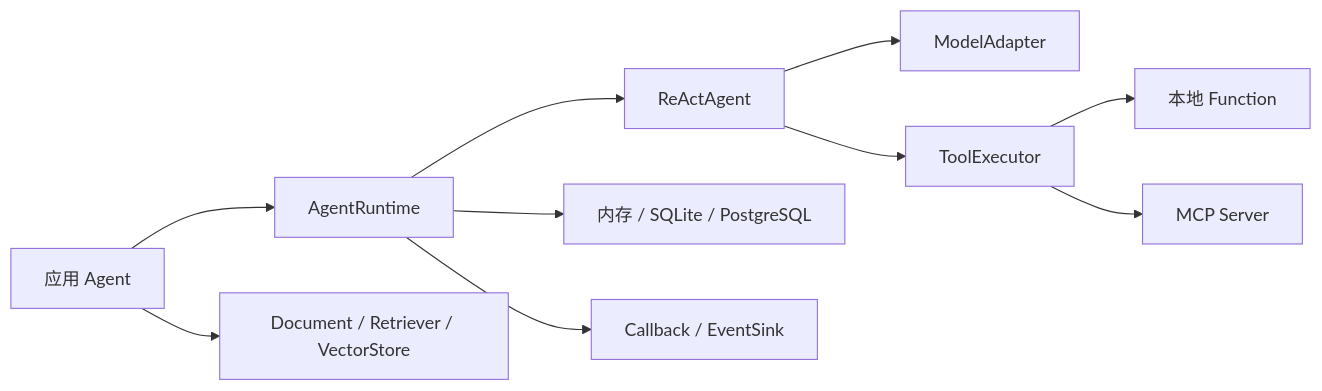
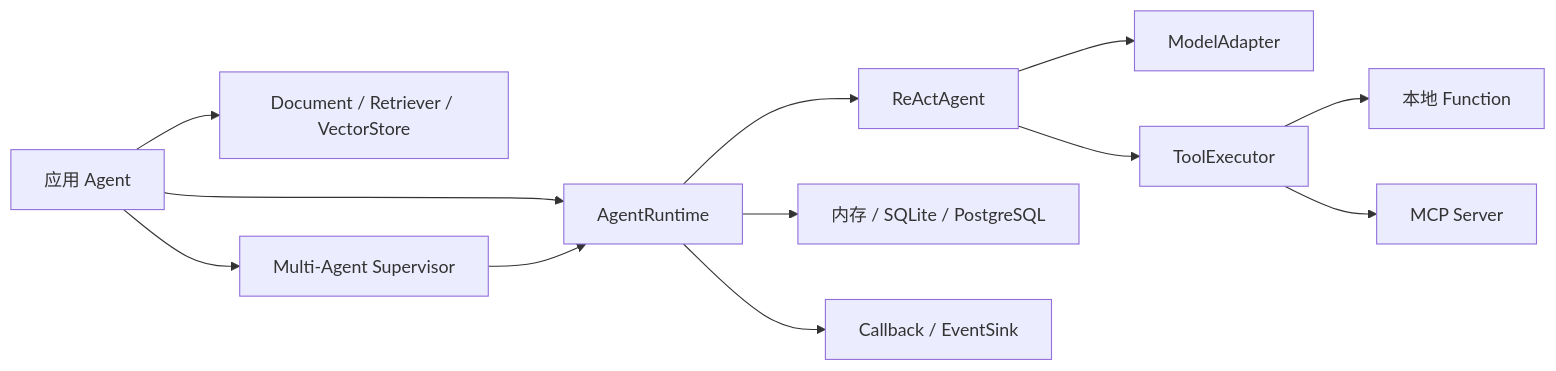
One commit to qiuzixu/agent-core changed the diagram in docs/index.md. Above: the diagram before and after it, drawn with Mermaid. The commit also changed other lines of this file and 52 other files, not shown here.

````diff
--- a/docs/index.md
+++ b/docs/index.md
@@ -29,12 +30,14 @@
 ```mermaid
 flowchart LR
     App[应用 Agent] --> Runtime[AgentRuntime]
     Runtime --> Loop[ReActAgent]
     Loop --> Model[ModelAdapter]
     Loop --> Tools[ToolExecutor]
     Tools --> Function[本地 Function]
     Tools --> MCP[MCP Server]
     Runtime --> Store[内存 / SQLite / PostgreSQL]
     Runtime --> Callback[Callback / EventSink]
     App --> Retrieval[Document / Retriever / VectorStore]
+    App --> Supervisor[Multi-Agent Supervisor]
+    Supervisor --> Runtime
 ```
````
